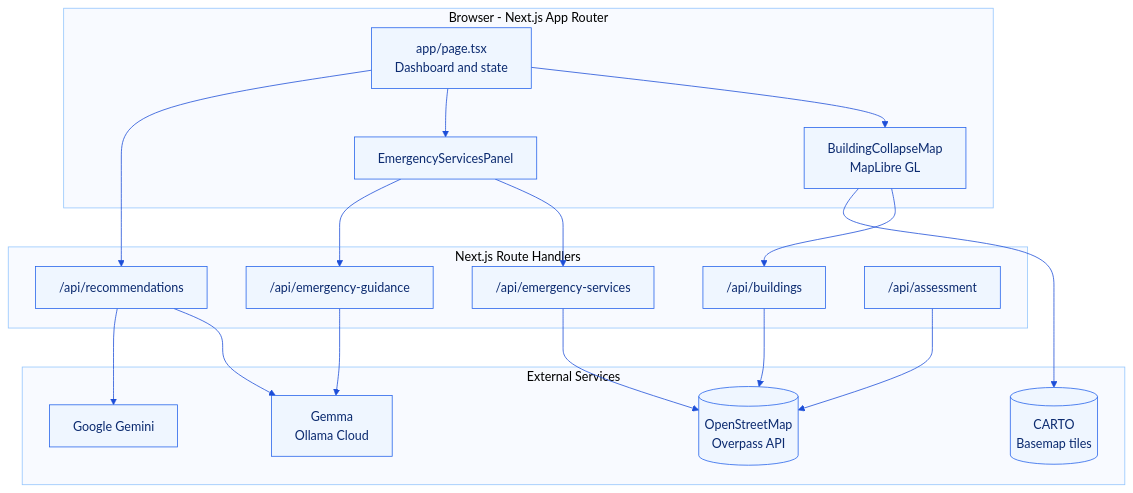
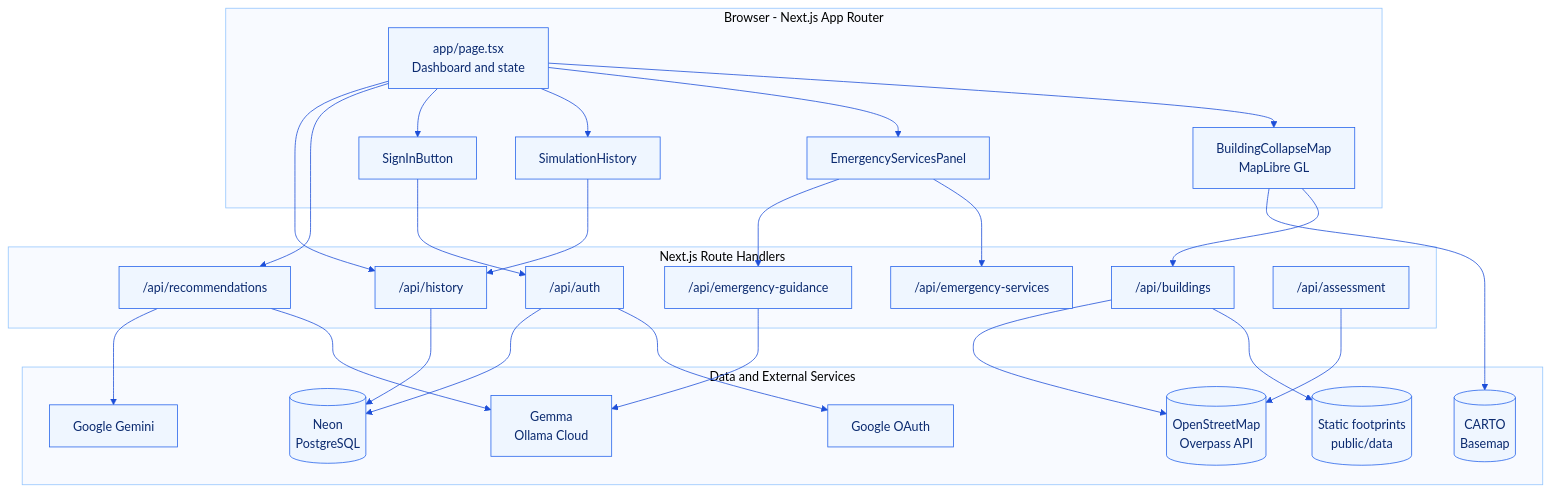
Before and after one commit to holyarsenic/Chandigarh-SafeSim: the second of 2 diagrams in README.md, drawn with Mermaid. The commit also changed other lines of this file, not shown here.

````diff
--- a/README.md
+++ b/README.md
@@ -137,38 +143,50 @@
 ```mermaid
 %%{init: {'theme':'base','themeVariables':{'primaryColor':'#EFF6FF','primaryTextColor':'#0B2A6F','primaryBorderColor':'#2563EB','lineColor':'#1D4ED8','clusterBkg':'#F8FAFF','clusterBorder':'#93C5FD','fontFamily':'Segoe UI, Helvetica, Arial'}}}%%
 flowchart TB
     subgraph Client["Browser - Next.js App Router"]
         P[app/page.tsx<br/>Dashboard and state]
         M[BuildingCollapseMap<br/>MapLibre GL]
         S[EmergencyServicesPanel]
+        H[SimulationHistory]
+        SI[SignInButton]
     end
 
     subgraph Server["Next.js Route Handlers"]
+        AU["/api/auth"]
         B["/api/buildings"]
         E["/api/emergency-services"]
+        G["/api/emergency-guidance"]
         R["/api/recommendations"]
-        G["/api/emergency-guidance"]
+        HI["/api/history"]
         A["/api/assessment"]
     end
 
-    subgraph External["External Services"]
+    subgraph Data["Data and External Services"]
+        SF[(Static footprints<br/>public/data)]
         O[(OpenStreetMap<br/>Overpass API)]
-        C[(CARTO<br/>Basemap tiles)]
+        DB[(Neon<br/>PostgreSQL)]
+        GO[Google OAuth]
         GM[Gemma<br/>Ollama Cloud]
         GE[Google Gemini]
+        C[(CARTO<br/>Basemap)]
     end
 
-    P --> M
-    P --> S
+    P --> M & S & H & SI
+    SI --> AU
     M --> B
     M --> C
     S --> E
     S --> G
     P --> R
+    P --> HI
+    H --> HI
+    AU --> GO
+    AU --> DB
+    HI --> DB
+    B --> SF
     B --> O
-    E --> O
     A --> O
+    G --> GM
     R --> GM
     R --> GE
-    G --> GM
 ```
````
